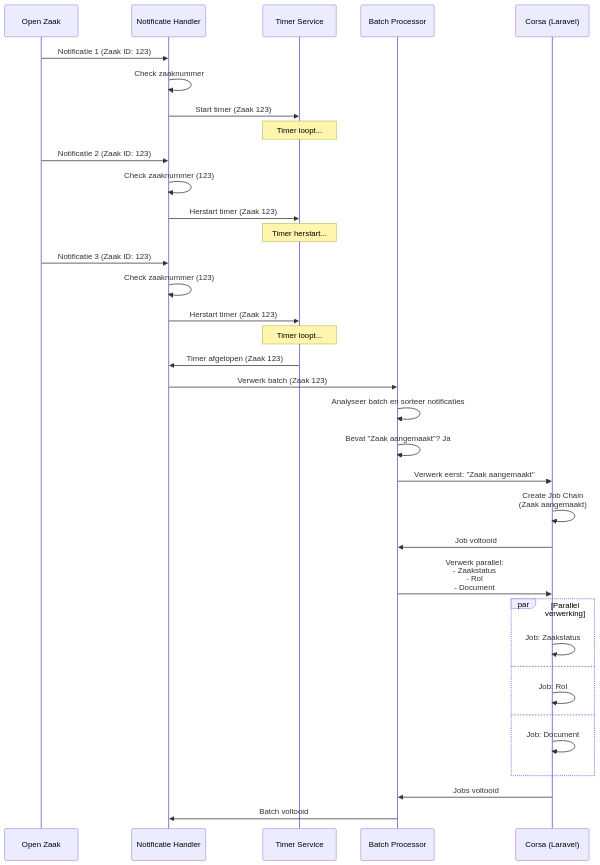
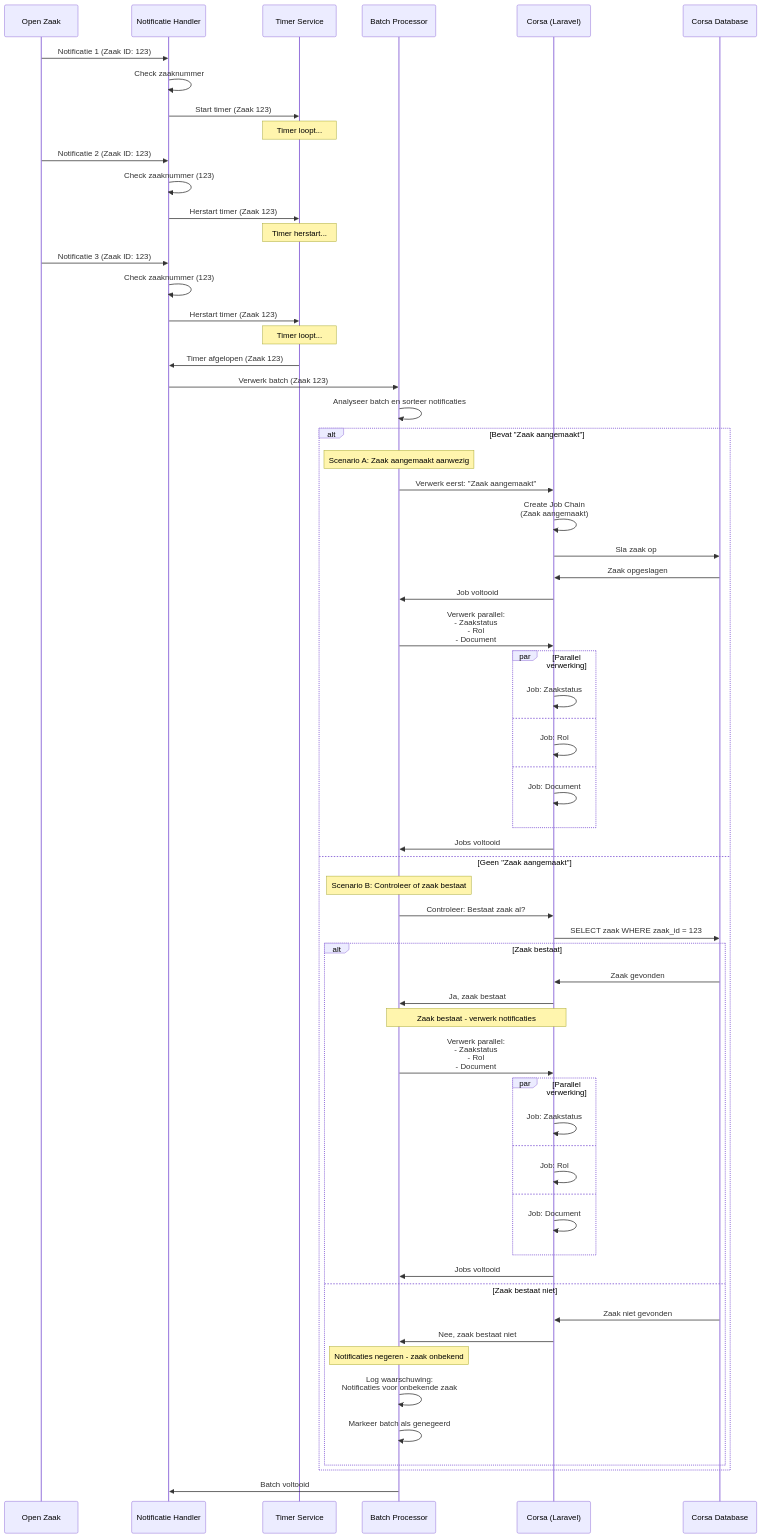
One commit to GemeenteNijmegen/corsa-zgw changed the first of 3 diagrams in docs/notificaties.md. Above: the diagram before and after it, drawn with Mermaid. The commit also changed other lines of this file and 2 other files, not shown here.

Commit message:
docs: failure on no zaak

````diff
--- a/docs/notificaties.md
+++ b/docs/notificaties.md
@@ -29,6 +30,7 @@
     participant TS as Timer Service
     participant BP as Batch Processor
     participant LC as Corsa (Laravel)
+    participant DB as Corsa Database
 
     OZ->>NH: Notificatie 1 (Zaak ID: 123)
     NH->>NH: Check zaaknummer
@@ -49,22 +51,58 @@
     NH->>BP: Verwerk batch (Zaak 123)
     
     BP->>BP: Analyseer batch en sorteer notificaties
-    BP->>BP: Bevat "Zaak aangemaakt"? Ja
     
-    BP->>LC: Verwerk eerst: "Zaak aangemaakt"
-    LC->>LC: Create Job Chain<br/>(Zaak aangemaakt)
-    LC->>BP: Job voltooid
-    
-    BP->>LC: Verwerk parallel:<br/>- Zaakstatus<br/>- Rol<br/>- Document
-    
-    par Parallel verwerking
-        LC->>LC: Job: Zaakstatus
-    and
-        LC->>LC: Job: Rol
-    and
-        LC->>LC: Job: Document
+    alt Bevat "Zaak aangemaakt"
+        Note over BP: Scenario A: Zaak aangemaakt aanwezig
+        BP->>LC: Verwerk eerst: "Zaak aangemaakt"
+        LC->>LC: Create Job Chain<br/>(Zaak aangemaakt)
+        LC->>DB: Sla zaak op
+        DB->>LC: Zaak opgeslagen
+        LC->>BP: Job voltooid
+        
+        BP->>LC: Verwerk parallel:<br/>- Zaakstatus<br/>- Rol<br/>- Document
+        
+        par Parallel verwerking
+            LC->>LC: Job: Zaakstatus
+        and
+            LC->>LC: Job: Rol
+        and
+            LC->>LC: Job: Document
+        end
+        
+        LC->>BP: Jobs voltooid
+        
+    else Geen "Zaak aangemaakt"
+        Note over BP: Scenario B: Controleer of zaak bestaat
+        BP->>LC: Controleer: Bestaat zaak al?
+        LC->>DB: SELECT zaak WHERE zaak_id = 123
+        
+        alt Zaak bestaat
+            DB->>LC: Zaak gevonden
+            LC->>BP: Ja, zaak bestaat
+            
+            Note over BP,LC: Zaak bestaat - verwerk notificaties
+            BP->>LC: Verwerk parallel:<br/>- Zaakstatus<br/>- Rol<br/>- Document
+            
+            par Parallel verwerking
+                LC->>LC: Job: Zaakstatus
+            and
+                LC->>LC: Job: Rol
+            and
+                LC->>LC: Job: Document
+            end
+            
+            LC->>BP: Jobs voltooid
+            
+        else Zaak bestaat niet
+            DB->>LC: Zaak niet gevonden
+            LC->>BP: Nee, zaak bestaat niet
+            
+            Note over BP: Notificaties negeren - zaak onbekend
+            BP->>BP: Log waarschuwing:<br/>Notificaties voor onbekende zaak
+            BP->>BP: Markeer batch als genegeerd
+        end
     end
     
-    LC->>BP: Jobs voltooid
     BP->>NH: Batch voltooid
 ```
````
